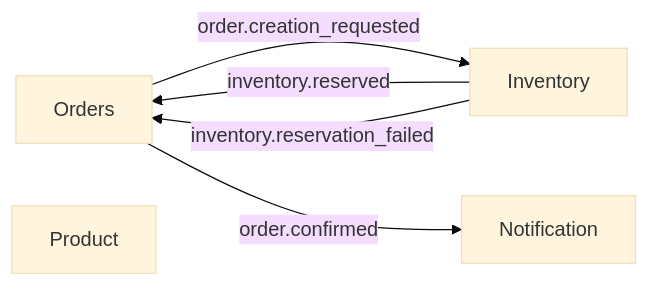
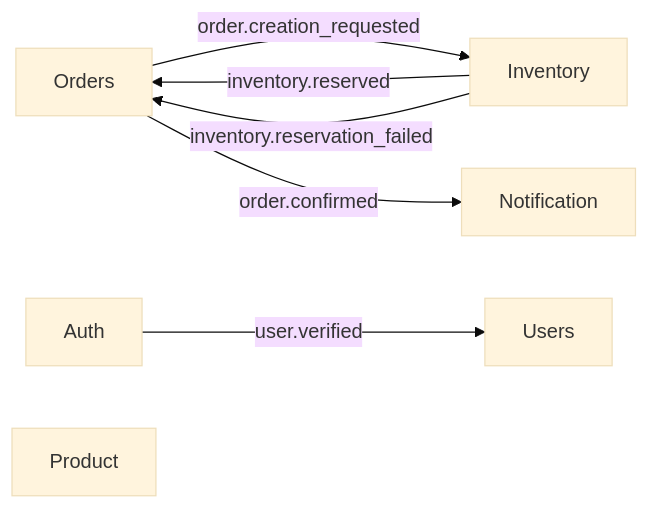
One commit to zYasuo/dl-orders changed the diagram in README.md. Above: the diagram before and after it, drawn with Mermaid (base theme). The commit also changed other lines of this file and 85 other files, not shown here.

First line of the commit message:
feat: add auth and users services with PostgreSQL support and update documentation

````diff
--- a/README.md
+++ b/README.md
@@ -28,8 +28,9 @@
 ```mermaid
 flowchart LR
     Orders -->|"order.creation_requested"| Inventory
     Inventory -->|"inventory.reserved"| Orders
     Inventory -->|"inventory.reservation_failed"| Orders
     Orders -->|"order.confirmed"| Notification
+    Auth -->|"user.verified"| Users
     Product[Product]
 ```
````
